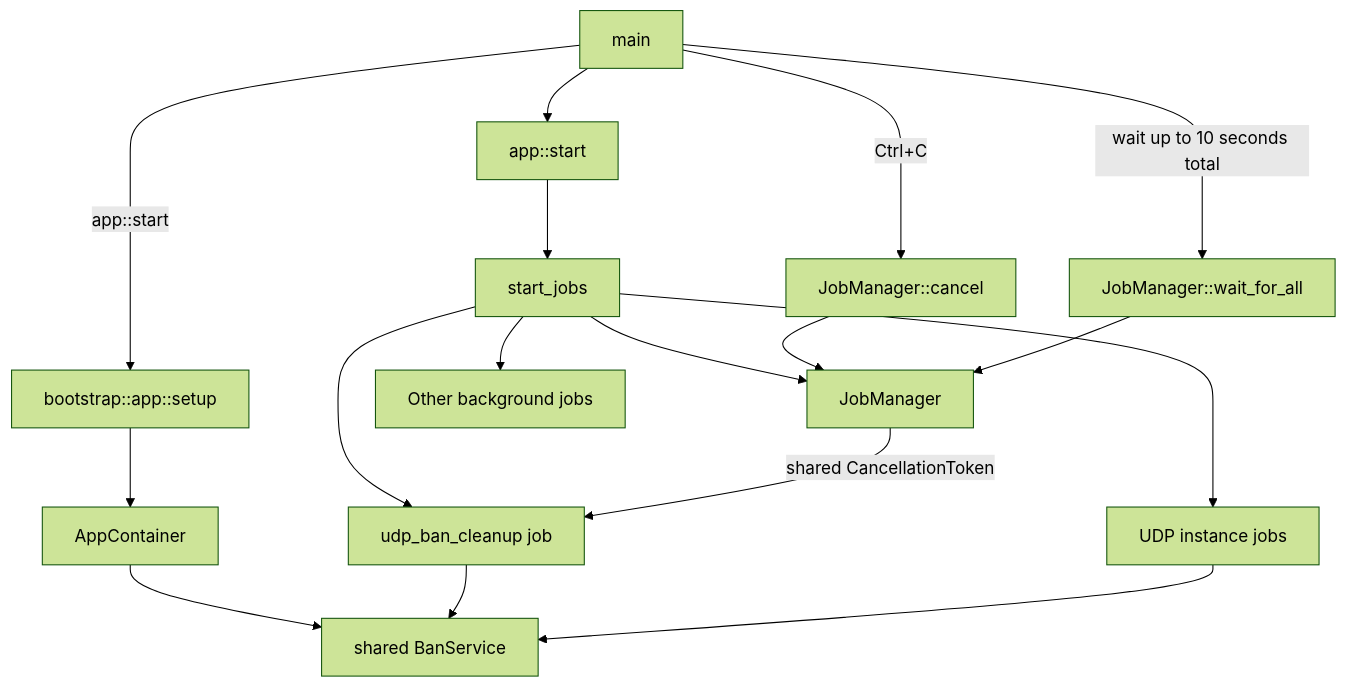
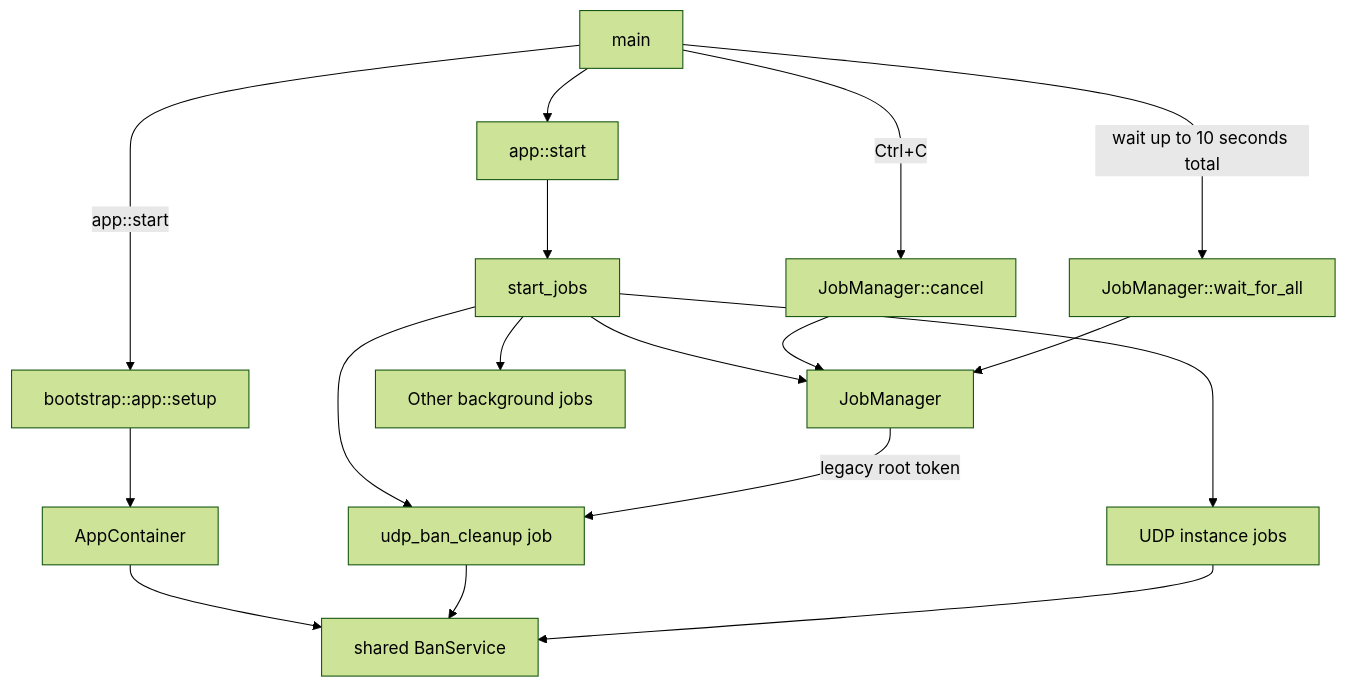
Before and after one commit to torrust/torrust-tracker: the diagram in docs/architecture/application-jobs.md, drawn with Mermaid (forest theme). The commit also changed other lines of this file and 2 other files, not shown here.

First line of the commit message:
docs(architecture): [#2415] describe per-component cancellation tokens

````diff
--- a/docs/architecture/application-jobs.md
+++ b/docs/architecture/application-jobs.md
@@ -43,19 +43,19 @@
 ```mermaid
 flowchart TD
     Main[main] -->|app::start| Setup[bootstrap::app::setup]
     Setup --> Container[AppContainer]
     Main --> Start[app::start]
     Start --> Jobs[start_jobs]
     Jobs --> Manager[JobManager]
     Jobs --> BanCleanup[udp_ban_cleanup job]
     Jobs --> UdpInstances[UDP instance jobs]
     Jobs --> OtherJobs[Other background jobs]
     Container --> SharedBan[shared BanService]
     BanCleanup --> SharedBan
     UdpInstances --> SharedBan
     Main -->|Ctrl+C| Cancel[JobManager::cancel]
     Cancel --> Manager
-    Manager -->|shared CancellationToken| BanCleanup
+    Manager -->|legacy root token| BanCleanup
     Main -->|wait up to 10 seconds total| Wait[JobManager::wait_for_all]
     Wait --> Manager
 ```
````
